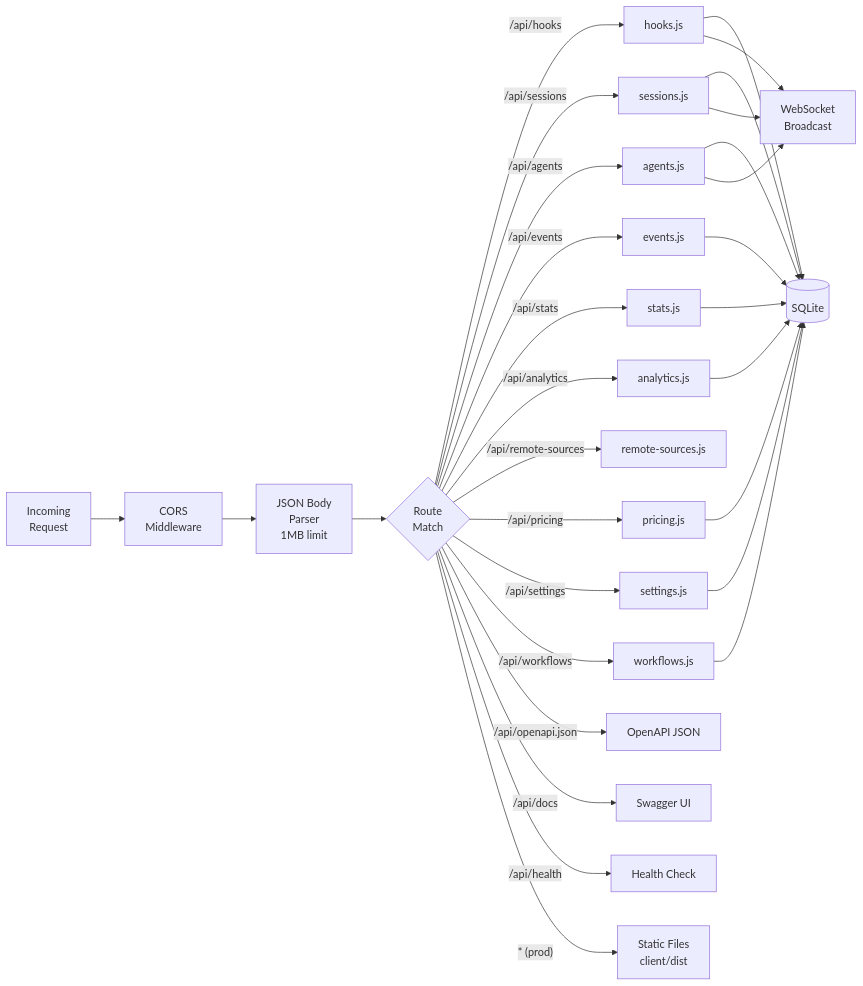
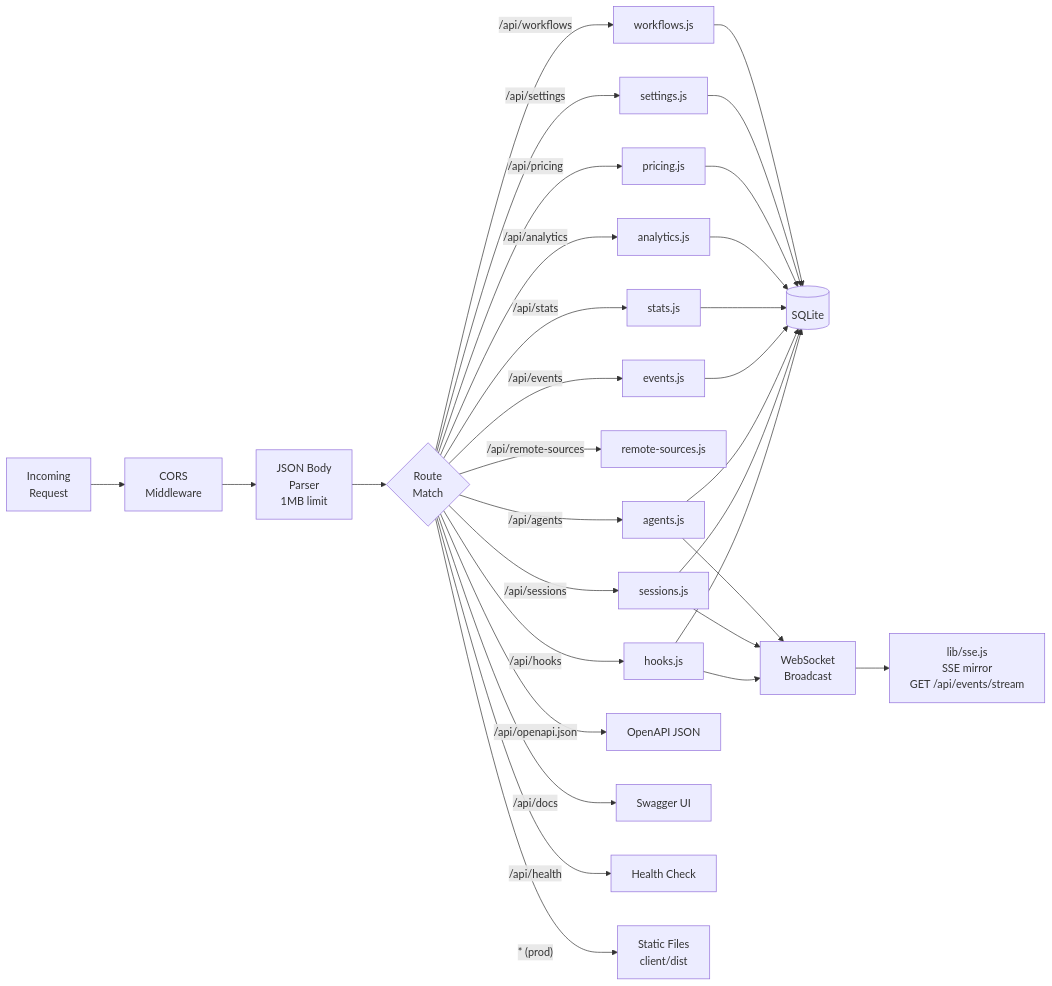
One commit to NikoAuso/Claude-Code-Agent-Monitor changed the sixth of 45 diagrams in ARCHITECTURE.md. Above: the diagram before and after it, drawn with Mermaid. The commit also changed other lines of this file and 4 other files, not shown here.

First line of the commit message:
docs(sse): show SSE in the architecture diagrams and state the replay gap

````diff
--- a/ARCHITECTURE.md
+++ b/ARCHITECTURE.md
@@ -426,34 +432,35 @@
 ```mermaid
 flowchart LR
     REQ[Incoming<br/>Request] --> CORS[CORS<br/>Middleware]
     CORS --> JSON[JSON Body<br/>Parser<br/>1MB limit]
     JSON --> ROUTER{Route<br/>Match}
     ROUTER -->|/api/hooks| HOOKS[hooks.js]
     ROUTER -->|/api/sessions| SESSIONS[sessions.js]
     ROUTER -->|/api/agents| AGENTS[agents.js]
     ROUTER -->|/api/events| EVENTS[events.js]
     ROUTER -->|/api/stats| STATS[stats.js]
     ROUTER -->|/api/analytics| ANALYTICS[analytics.js]
     ROUTER -->|/api/remote-sources| REMOTE[remote-sources.js]
     ROUTER -->|/api/pricing| PRICING[pricing.js]
     ROUTER -->|/api/settings| SETTINGS[settings.js]
     ROUTER -->|/api/workflows| WORKFLOWS[workflows.js]
     ROUTER -->|/api/openapi.json| OPENAPI[OpenAPI JSON]
     ROUTER -->|/api/docs| SWAGGER[Swagger UI]
     ROUTER -->|/api/health| HEALTH[Health Check]
     ROUTER -->|"* (prod)"| STATIC[Static Files<br/>client/dist]
 
     HOOKS --> DB[(SQLite)]
     SESSIONS --> DB
     AGENTS --> DB
     EVENTS --> DB
     STATS --> DB
     ANALYTICS --> DB
     PRICING --> DB
     SETTINGS --> DB
     WORKFLOWS --> DB
 
     HOOKS --> WS[WebSocket<br/>Broadcast]
     SESSIONS --> WS
     AGENTS --> WS
+    WS --> SSE["lib/sse.js<br/>SSE mirror<br/>GET /api/events/stream"]
 ```
````
